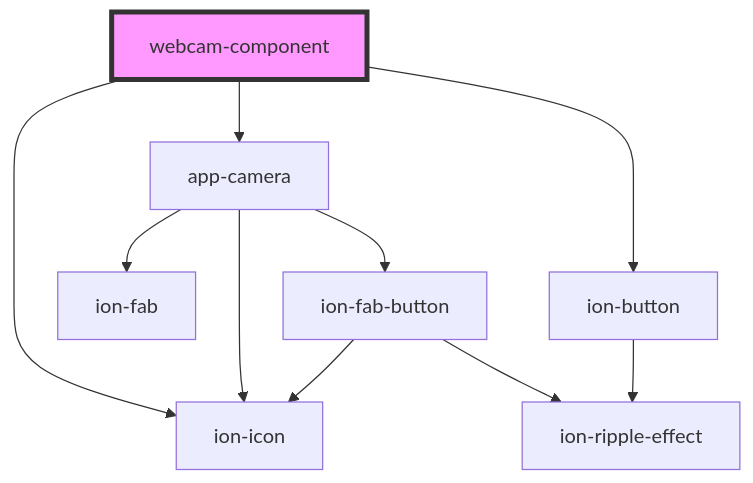
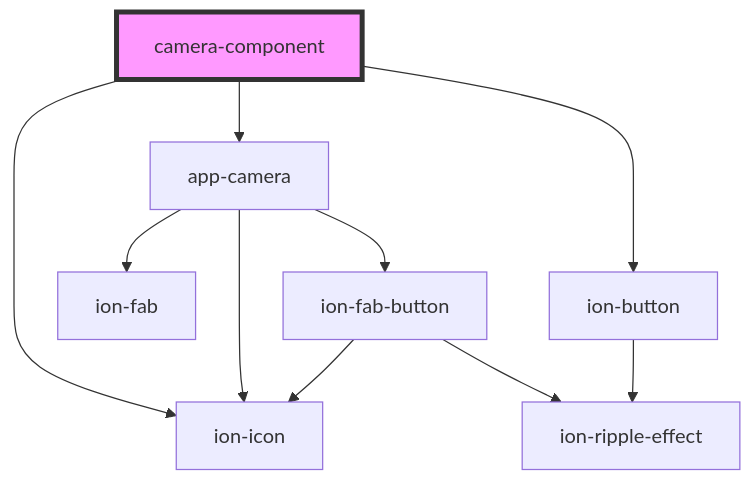
Before and after one commit to appfeel/camera-component: the diagram in src/components/camera-component/readme.md, drawn with Mermaid. The commit also changed other lines of this file and 10 other files, not shown here.

````diff
--- a/src/components/camera-component/readme.md
+++ b/src/components/camera-component/readme.md
@@ -17,13 +17,13 @@
 ```mermaid
 graph TD;
-  webcam-component --> app-camera
-  webcam-component --> ion-button
-  webcam-component --> ion-icon
+  camera-component --> app-camera
+  camera-component --> ion-button
+  camera-component --> ion-icon
   app-camera --> ion-fab
   app-camera --> ion-fab-button
   app-camera --> ion-icon
   ion-fab-button --> ion-icon
   ion-fab-button --> ion-ripple-effect
   ion-button --> ion-ripple-effect
-  style webcam-component fill:#f9f,stroke:#333,stroke-width:4px
+  style camera-component fill:#f9f,stroke:#333,stroke-width:4px
 ```
````
